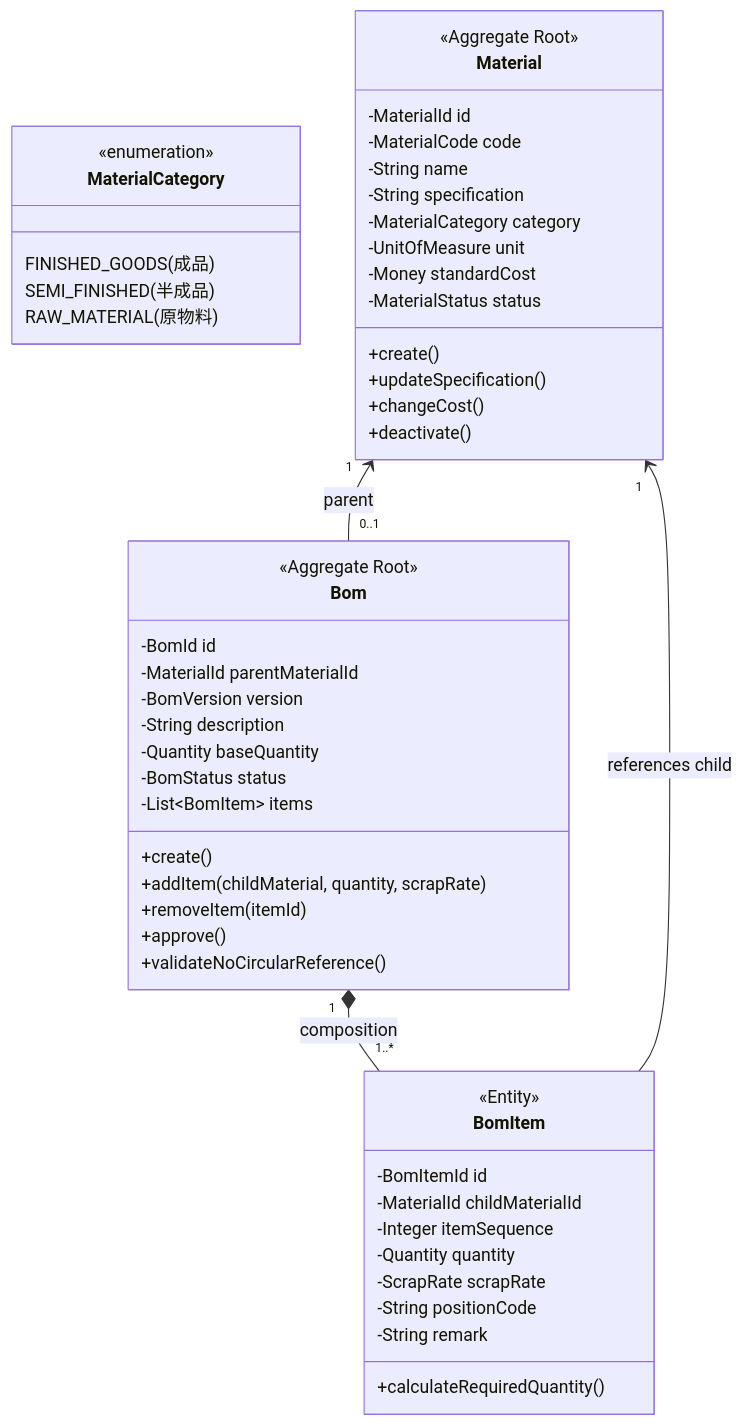
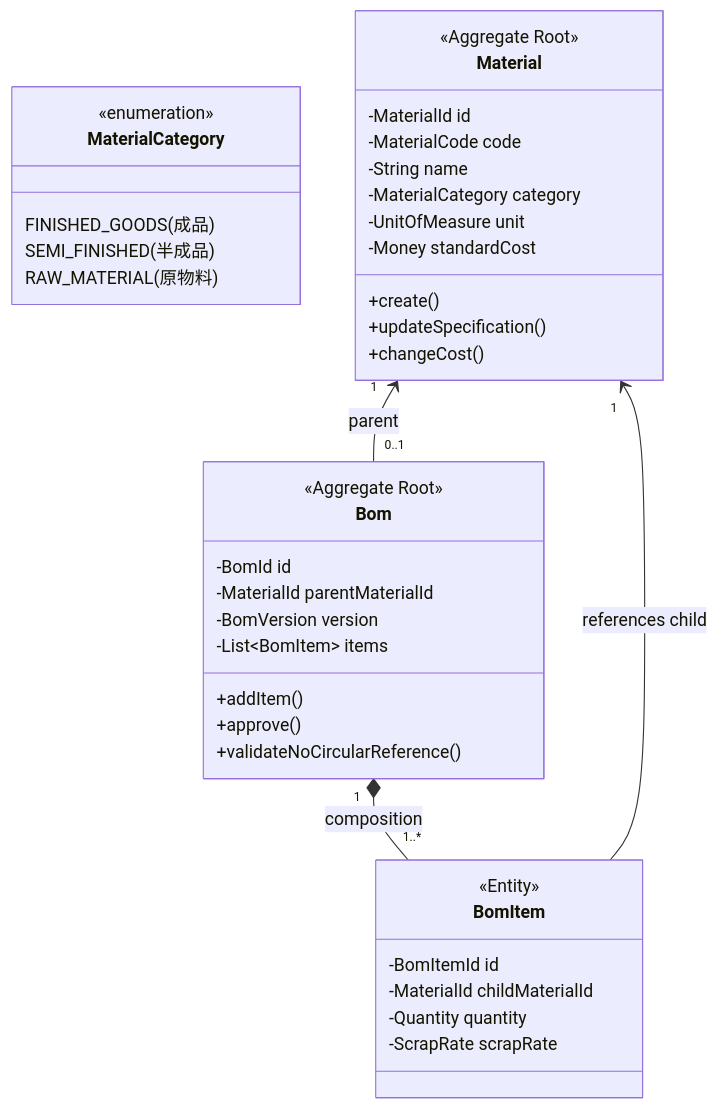
The diagram in doc/design/material_bom_aggregate_design.md (nick54785478/excel-module), drawn with Mermaid before and after one commit. The commit also changed other lines of this file and 93 other files, not shown here.

````diff
--- a/doc/design/material_bom_aggregate_design.md
+++ b/doc/design/material_bom_aggregate_design.md
@@ -28,57 +19,45 @@
 ```mermaid
 classDiagram
     class MaterialCategory {
         <<enumeration>>
         FINISHED_GOODS (成品)
         SEMI_FINISHED (半成品)
         RAW_MATERIAL (原物料)
     }
 
     class Material {
         <<Aggregate Root>>
         -MaterialId id
         -MaterialCode code
         -String name
-        -String specification
         -MaterialCategory category
         -UnitOfMeasure unit
         -Money standardCost
-        -MaterialStatus status
         +create()
         +updateSpecification()
         +changeCost()
-        +deactivate()
     }
 
     class Bom {
         <<Aggregate Root>>
         -BomId id
         -MaterialId parentMaterialId
         -BomVersion version
-        -String description
-        -Quantity baseQuantity
-        -BomStatus status
         -List~BomItem~ items
-        +create()
-        +addItem(childMaterial, quantity, scrapRate)
-        +removeItem(itemId)
+        +addItem()
         +approve()
         +validateNoCircularReference()
     }
 
     class BomItem {
         <<Entity>>
         -BomItemId id
         -MaterialId childMaterialId
-        -Integer itemSequence
         -Quantity quantity
         -ScrapRate scrapRate
-        -String positionCode
-        -String remark
-        +calculateRequiredQuantity()
     }
 
     Material "1" <-- "0..1" Bom : parent
     Bom "1" *-- "1..*" BomItem : composition
     BomItem --> "1" Material : references child
 ```
````
